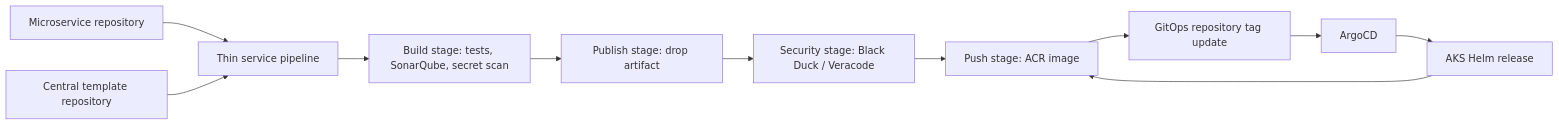
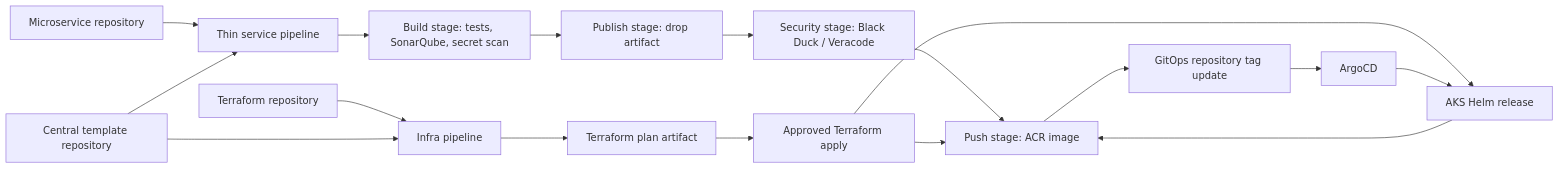
The diagram in docs/azure-devops-project-setup.md (dagartijender/Git_hub), drawn with Mermaid before and after one commit. The commit also changed other lines of this file and 18 other files, not shown here.

Commit message:
Add Terraform infrastructure pipeline

````diff
--- a/docs/azure-devops-project-setup.md
+++ b/docs/azure-devops-project-setup.md
@@ -104,13 +126,19 @@
 ```mermaid
 flowchart LR
     ServiceRepo["Microservice repository"] --> Pipeline["Thin service pipeline"]
     Templates["Central template repository"] --> Pipeline
     Pipeline --> Build["Build stage: tests, SonarQube, secret scan"]
     Build --> Publish["Publish stage: drop artifact"]
     Publish --> Scans["Security stage: Black Duck / Veracode"]
     Scans --> ACR["Push stage: ACR image"]
     ACR --> GitOps["GitOps repository tag update"]
+    InfraRepo["Terraform repository"] --> InfraPipeline["Infra pipeline"]
+    Templates --> InfraPipeline
+    InfraPipeline --> TFPlan["Terraform plan artifact"]
+    TFPlan --> TFApply["Approved Terraform apply"]
+    TFApply --> AKS
+    TFApply --> ACR
     GitOps --> ArgoCD["ArgoCD"]
     ArgoCD --> AKS["AKS Helm release"]
     AKS --> ACR
 ```
````
